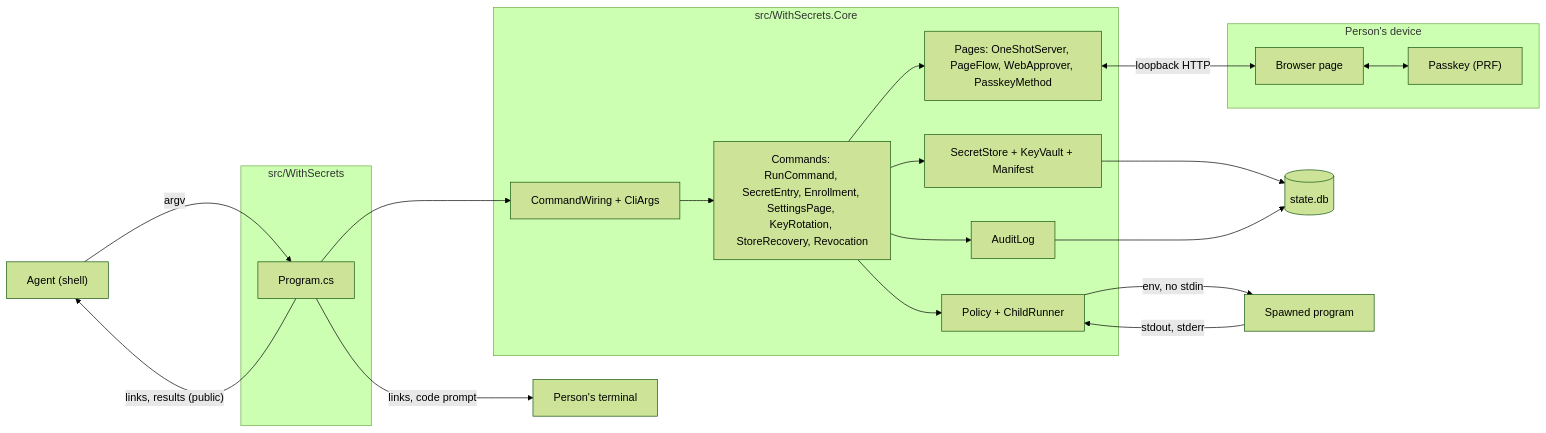
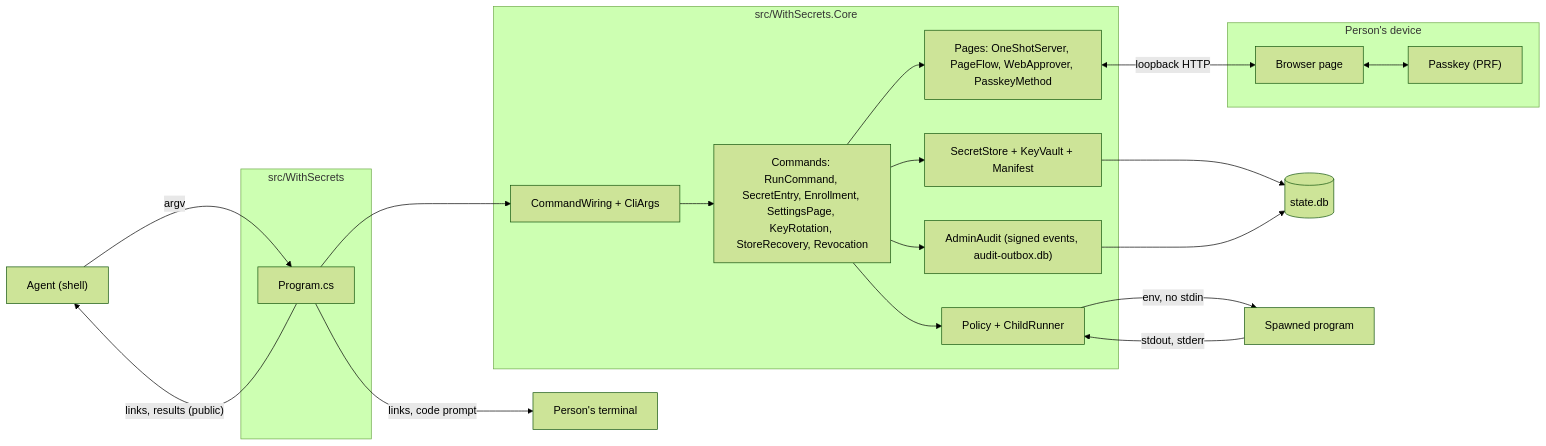
Before and after one commit to CodePenguin/with-secrets: the first of 8 diagrams in docs/architecture.md, drawn with Mermaid (forest theme). The commit also changed other lines of this file and 4 other files, not shown here.

Commit message:
Docs: audit retirement, fail closed, event metadata (architecture current text only)

````diff
--- a/docs/architecture.md
+++ b/docs/architecture.md
@@ -17,37 +17,37 @@
 ```mermaid
 flowchart LR
     Agent["Agent (shell)"]
     Term["Person's terminal"]
     subgraph Dev["Person's device"]
         Browser["Browser page"]
         Passkey["Passkey (PRF)"]
     end
     subgraph CLI["src/WithSecrets"]
         Prog["Program.cs"]
     end
     subgraph Core["src/WithSecrets.Core"]
         Wire["CommandWiring + CliArgs"]
         Cmds["Commands: RunCommand, SecretEntry, Enrollment, SettingsPage, KeyRotation, StoreRecovery, Revocation"]
         Pages["Pages: OneShotServer, PageFlow, WebApprover, PasskeyMethod"]
         Pol["Policy + ChildRunner"]
         Vault["SecretStore + KeyVault + Manifest"]
-        Audit["AuditLog"]
+        Audit["AdminAudit (signed events, audit-outbox.db)"]
     end
     DB[("state.db")]
     Child["Spawned program"]
 
     Agent -->|"argv"| Prog
     Prog --> Wire --> Cmds
     Cmds --> Pages
     Cmds --> Pol
     Cmds --> Vault
     Cmds --> Audit
     Vault --> DB
     Audit --> DB
     Pol -->|"env, no stdin"| Child
     Child -->|"stdout, stderr"| Pol
     Prog -->|"links, results (public)"| Agent
     Prog -->|"links, code prompt"| Term
     Pages <-->|"loopback HTTP"| Browser
     Browser <--> Passkey
 ```
````
